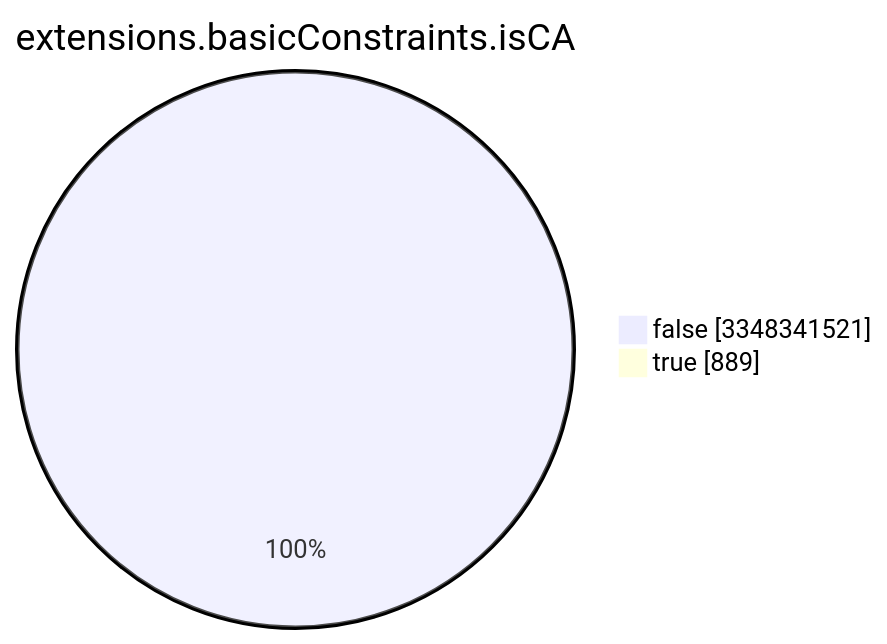
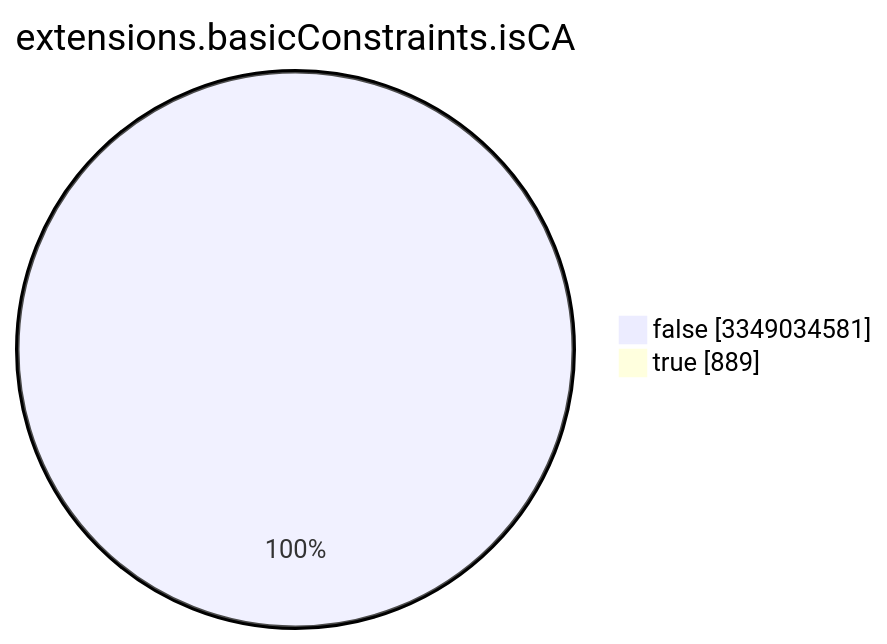
Before and after one commit to christiankrug/ctmonitor_visualization: the seventh of 15 diagrams in TOTAL/README.md, drawn with Mermaid. The commit also changed other lines of this file, not shown here.

````diff
--- a/TOTAL/README.md
+++ b/TOTAL/README.md
@@ -3089,6 +3089,6 @@
 ```mermaid
 pie showData
 title extensions.basicConstraints.isCA
-"false" :3348341521
+"false" :3349034581
 "true" :889
 ```
````
